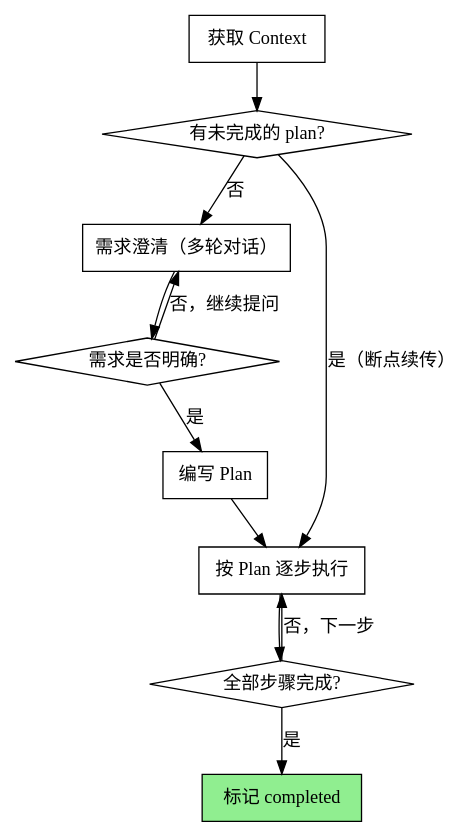
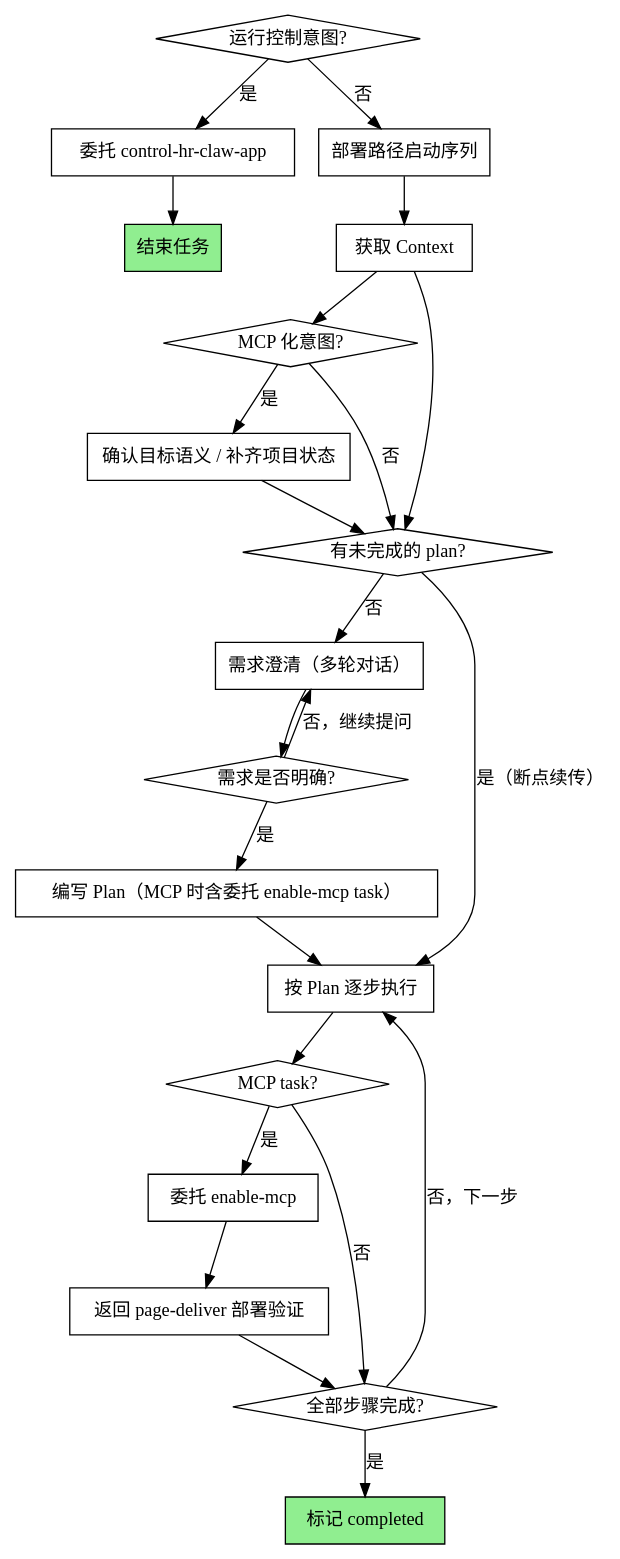
Before and after one commit to infometa/workbuddyskills: the diagram in experts/hr-digital-expert/skills/page-deliver/SKILL.md, drawn with Graphviz. The commit also changed other lines of this file and 8245 other files, not shown here.

````diff
--- a/experts/hr-digital-expert/skills/page-deliver/SKILL.md
+++ b/experts/hr-digital-expert/skills/page-deliver/SKILL.md
@@ -49,25 +111,46 @@
 ```dot
 digraph process {
     rankdir=TB;
 
+    "运行控制意图?" [shape=diamond];
+    "委托 control-hr-claw-app" [shape=box];
+    "结束任务" [shape=box style=filled fillcolor=lightgreen];
+    "部署路径启动序列" [shape=box];
     "获取 Context" [shape=box];
+    "MCP 化意图?" [shape=diamond];
+    "确认目标语义 / 补齐项目状态" [shape=box];
     "有未完成的 plan?" [shape=diamond];
     "需求澄清（多轮对话）" [shape=box];
     "需求是否明确?" [shape=diamond];
-    "编写 Plan" [shape=box];
+    "编写 Plan（MCP 时含委托 enable-mcp task）" [shape=box];
     "按 Plan 逐步执行" [shape=box];
+    "MCP task?" [shape=diamond];
+    "委托 enable-mcp" [shape=box];
+    "返回 page-deliver 部署验证" [shape=box];
     "全部步骤完成?" [shape=diamond];
     "标记 completed" [shape=box style=filled fillcolor=lightgreen];
 
+    "运行控制意图?" -> "委托 control-hr-claw-app" [label="是"];
+    "委托 control-hr-claw-app" -> "结束任务";
+    "运行控制意图?" -> "部署路径启动序列" [label="否"];
+    "部署路径启动序列" -> "获取 Context";
     "获取 Context" -> "有未完成的 plan?";
+    "获取 Context" -> "MCP 化意图?";
+    "MCP 化意图?" -> "确认目标语义 / 补齐项目状态" [label="是"];
+    "确认目标语义 / 补齐项目状态" -> "有未完成的 plan?";
+    "MCP 化意图?" -> "有未完成的 plan?" [label="否"];
     "有未完成的 plan?" -> "按 Plan 逐步执行" [label="是（断点续传）"];
     "有未完成的 plan?" -> "需求澄清（多轮对话）" [label="否"];
     "需求澄清（多轮对话）" -> "需求是否明确?";
     "需求是否明确?" -> "需求澄清（多轮对话）" [label="否，继续提问"];
-    "需求是否明确?" -> "编写 Plan" [label="是"];
-    "编写 Plan" -> "按 Plan 逐步执行";
-    "按 Plan 逐步执行" -> "全部步骤完成?";
+    "需求是否明确?" -> "编写 Plan（MCP 时含委托 enable-mcp task）" [label="是"];
+    "编写 Plan（MCP 时含委托 enable-mcp task）" -> "按 Plan 逐步执行";
+    "按 Plan 逐步执行" -> "MCP task?";
+    "MCP task?" -> "委托 enable-mcp" [label="是"];
+    "委托 enable-mcp" -> "返回 page-deliver 部署验证";
+    "返回 page-deliver 部署验证" -> "全部步骤完成?";
+    "MCP task?" -> "全部步骤完成?" [label="否"];
     "全部步骤完成?" -> "按 Plan 逐步执行" [label="否，下一步"];
     "全部步骤完成?" -> "标记 completed" [label="是"];
 }
 ```
````
